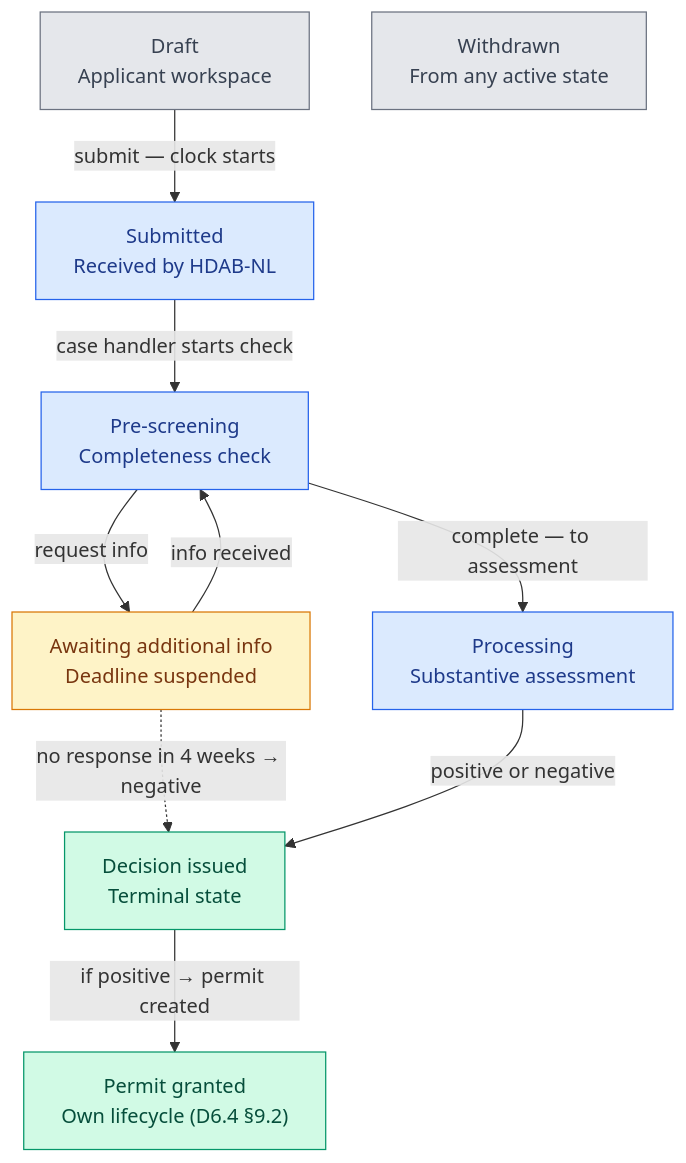
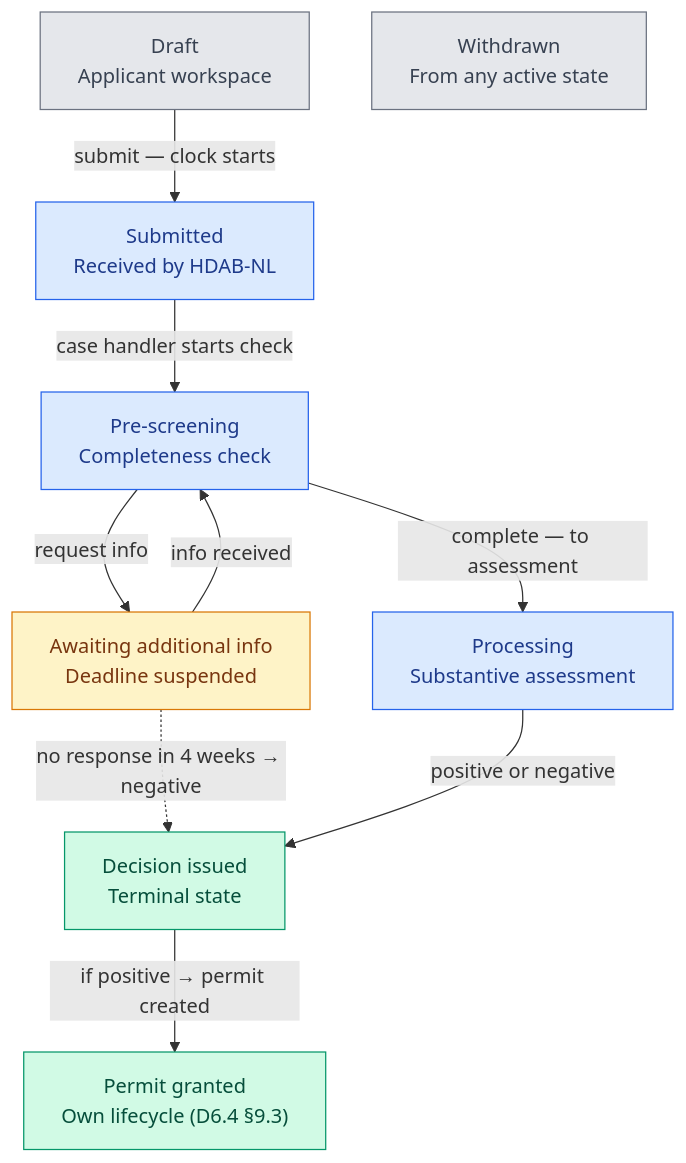
The diagram in README.md (mdevalk/open-daams), drawn with Mermaid before and after one commit. The commit also changed other lines of this file and 7 other files, not shown here.

````diff
--- a/README.md
+++ b/README.md
@@ -63,30 +63,30 @@
 ```mermaid
 flowchart TD
     DRAFT["Draft<br/>Applicant workspace"]
     SUBMITTED["Submitted<br/>Received by HDAB-NL"]
     PRESCREEN["Pre-screening<br/>Completeness check"]
     AWAITING["Awaiting additional info<br/>Deadline suspended"]
     PROCESSING["Processing<br/>Substantive assessment"]
     DECISION["Decision issued<br/>Terminal state"]
-    PERMIT["Permit granted<br/>Own lifecycle (D6.4 §9.2)"]
+    PERMIT["Permit granted<br/>Own lifecycle (D6.4 §9.3)"]
     WITHDRAWN["Withdrawn<br/>From any active state"]
 
     DRAFT -->|"submit — clock starts"| SUBMITTED
     SUBMITTED -->|"case handler starts check"| PRESCREEN
     PRESCREEN -->|"request info"| AWAITING
     AWAITING -->|"info received"| PRESCREEN
     PRESCREEN -->|"complete — to assessment"| PROCESSING
     AWAITING -.->|"no response in 4 weeks → negative"| DECISION
     PROCESSING -->|"positive or negative"| DECISION
     DECISION -->|"if positive → permit created"| PERMIT
 
     classDef handling fill:#dbeafe,stroke:#2563eb,color:#1e3a8a;
     classDef waiting fill:#fef3c7,stroke:#d97706,color:#78350f;
     classDef outcome fill:#d1fae5,stroke:#059669,color:#064e3b;
     classDef exit fill:#e5e7eb,stroke:#6b7280,color:#374151;
 
     class SUBMITTED,PRESCREEN,PROCESSING handling;
     class AWAITING waiting;
     class DECISION,PERMIT outcome;
     class DRAFT,WITHDRAWN exit;
 ```
````
